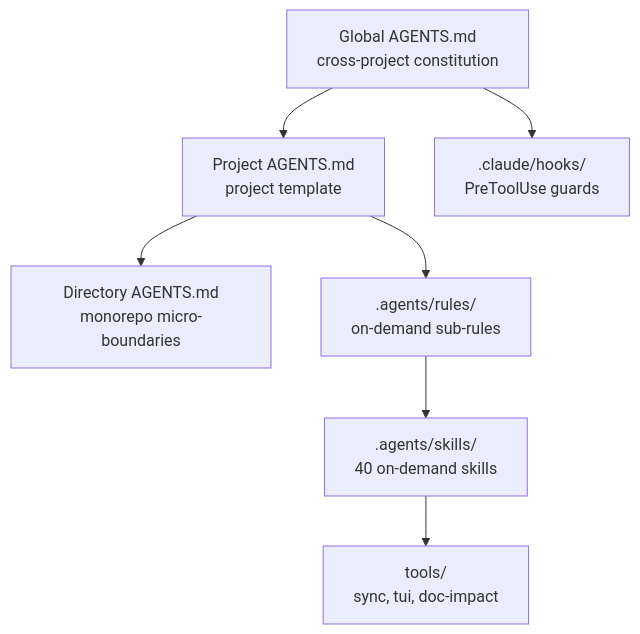
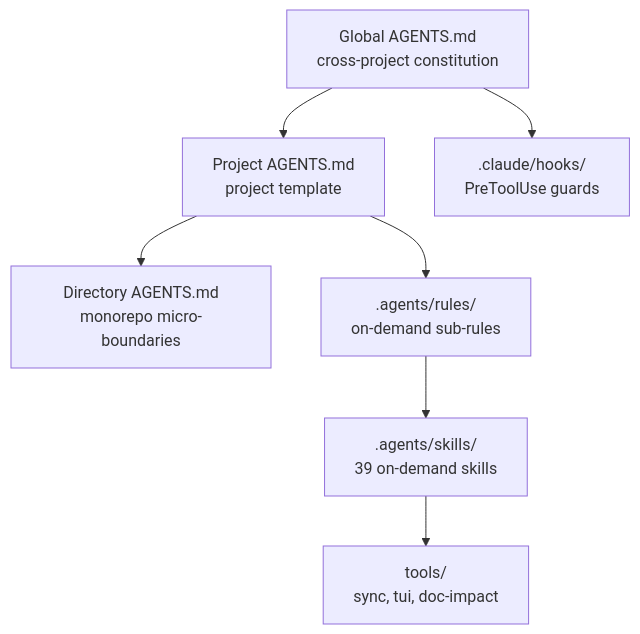
Before and after one commit to xusofty-cyber/agent-harness: the diagram in README.md, drawn with Mermaid. The commit also changed other lines of this file and 25 other files, not shown here.

````diff
--- a/README.md
+++ b/README.md
@@ -24,9 +24,9 @@
 ```mermaid
 graph TD
     G[Global AGENTS.md<br/>cross-project constitution] --> P[Project AGENTS.md<br/>project template]
     P --> D[Directory AGENTS.md<br/>monorepo micro-boundaries]
     P --> R[.agents/rules/<br/>on-demand sub-rules]
-    R --> S[.agents/skills/<br/>40 on-demand skills]
+    R --> S[.agents/skills/<br/>39 on-demand skills]
     G --> H[.claude/hooks/<br/>PreToolUse guards]
     S --> T[tools/<br/>sync, tui, doc-impact]
 ```
````
